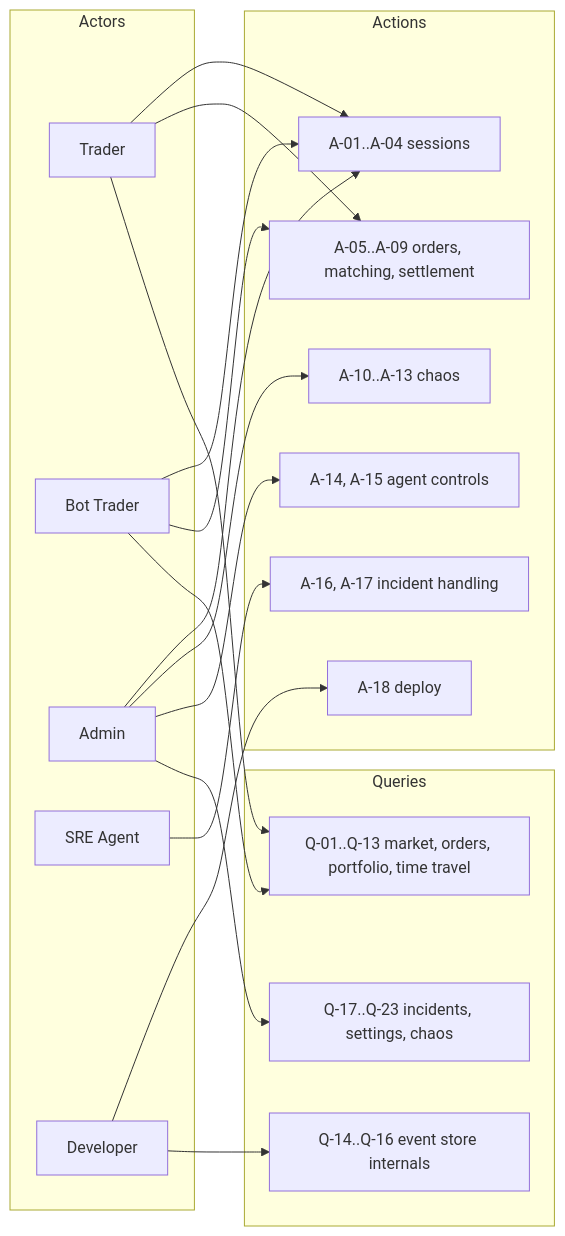
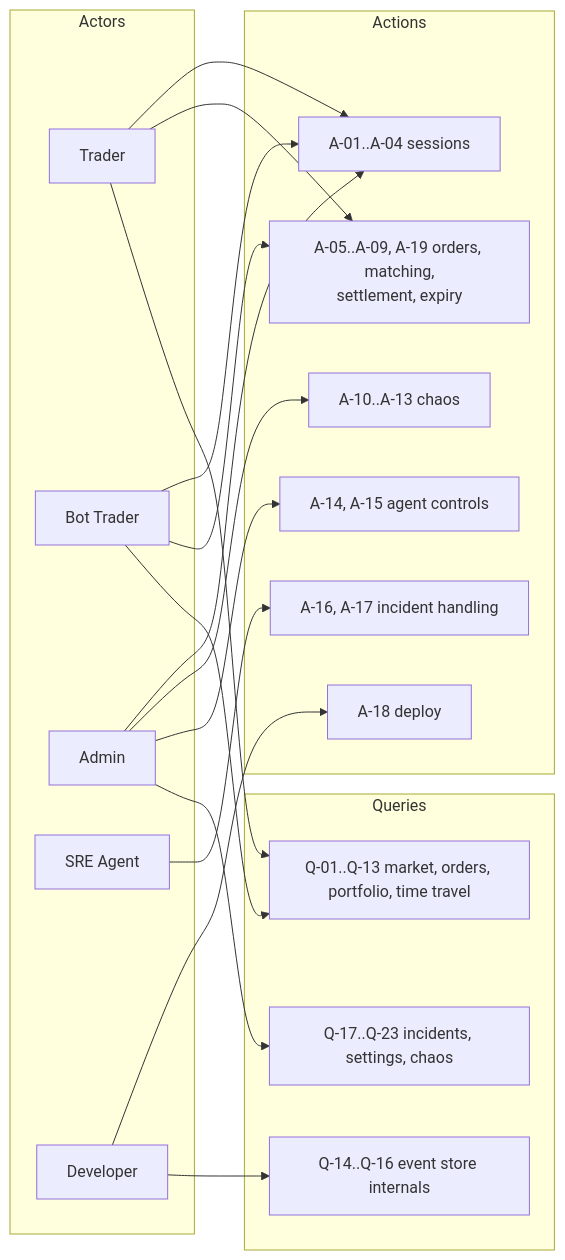
The diagram in docs/01-seeds/04-actions-and-queries.md (Kaizer-1/CircuitBreaker), drawn with Mermaid before and after one commit. The commit also changed other lines of this file and 39 other files, not shown here.

First line of the commit message:
feat(contracts): add event JSON Schemas and fail-closed expiry contracts

````diff
--- a/docs/01-seeds/04-actions-and-queries.md
+++ b/docs/01-seeds/04-actions-and-queries.md
@@ -81,28 +82,28 @@
 ```mermaid
 flowchart LR
     subgraph Actors
         T[Trader]
         B[Bot Trader]
         AD[Admin]
         S[SRE Agent]
         D[Developer]
     end
     subgraph Actions
         A1["A-01..A-04 sessions"]
-        A5["A-05..A-09 orders, matching, settlement"]
+        A5["A-05..A-09, A-19 orders, matching,<br/>settlement, expiry"]
         A10["A-10..A-13 chaos"]
         A14["A-14, A-15 agent controls"]
         A16["A-16, A-17 incident handling"]
         A18["A-18 deploy"]
     end
     subgraph Queries
         Q1["Q-01..Q-13 market, orders, portfolio, time travel"]
         Q14["Q-14..Q-16 event store internals"]
         Q17["Q-17..Q-23 incidents, settings, chaos"]
     end
     T --> A1 & A5 & Q1
     B --> A1 & A5 & Q1
     AD --> A1 & A10 & A14 & Q17
     S --> A16
     D --> A18 & Q14
 ```
````
